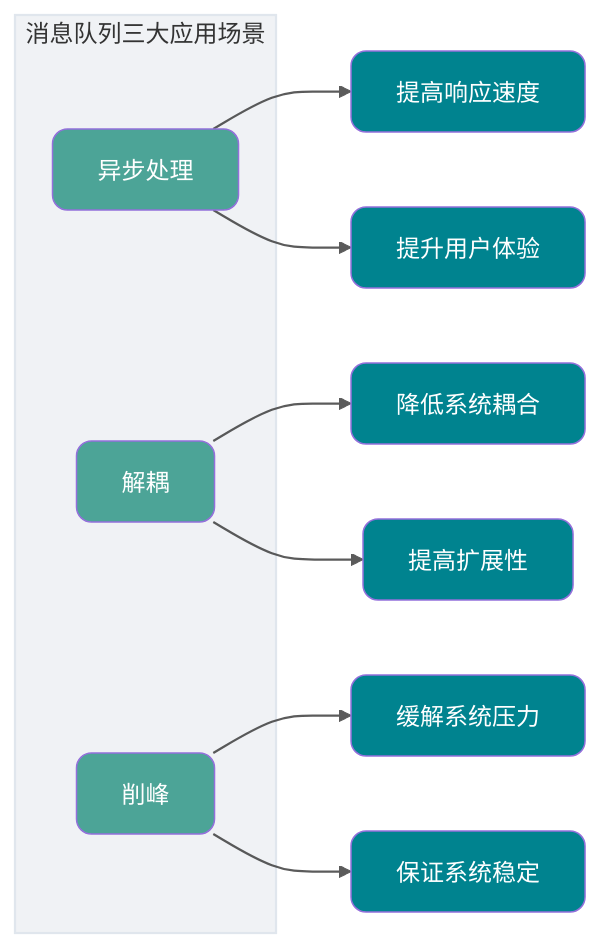
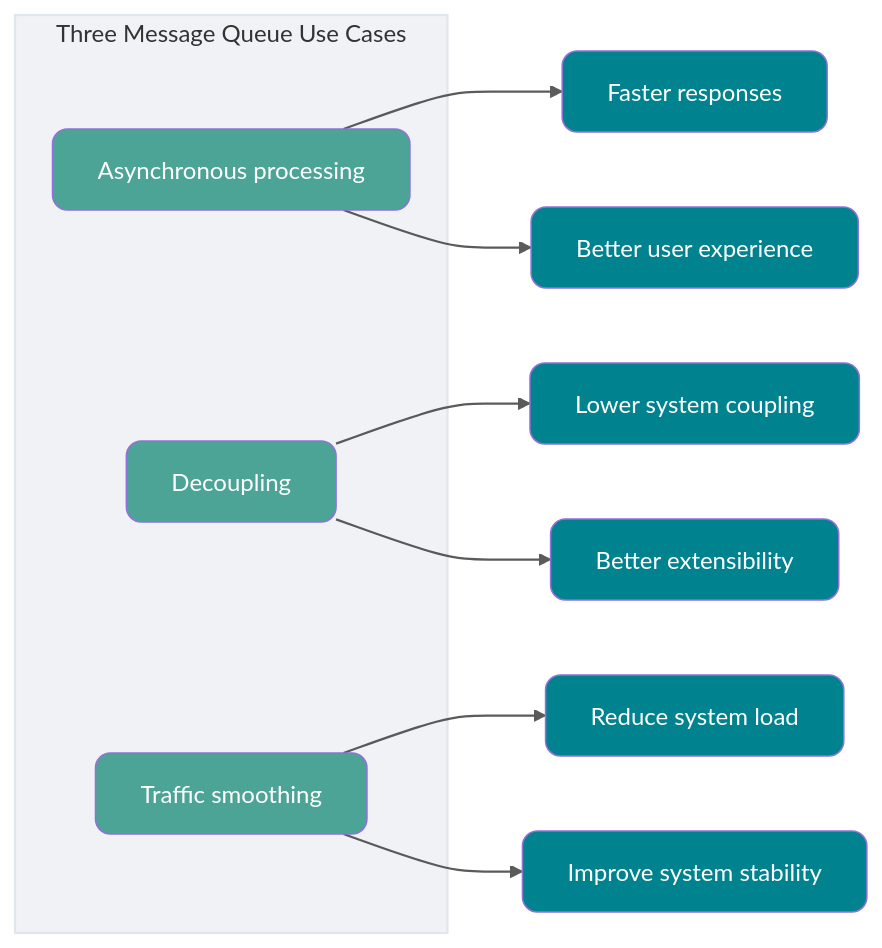
One commit to m3h3d1/JavaGuideEn changed the first of 13 diagrams in docs/high-performance/message-queue/rocketmq-questions.md. Above: the diagram before and after it, drawn with Mermaid. The commit also changed other lines of this file and 128 other files, not shown here.

````diff
--- a/docs/high-performance/message-queue/rocketmq-questions.md
+++ b/docs/high-performance/message-queue/rocketmq-questions.md
@@ -108,26 +108,26 @@
 ```mermaid
 flowchart LR
-    subgraph MQ["消息队列三大应用场景"]
+    subgraph MQ["Three Message Queue Use Cases"]
         style MQ fill:#F0F2F5,stroke:#E0E6ED,stroke-width:1.5px
-        Async["异步处理"]
-        Decouple["解耦"]
-        Peak["削峰"]
+        Async["Asynchronous processing"]
+        Decouple["Decoupling"]
+        Peak["Traffic smoothing"]
     end
 
-    Async --> A1["提高响应速度"]
-    Async --> A2["提升用户体验"]
+    Async --> A1["Faster responses"]
+    Async --> A2["Better user experience"]
 
-    Decouple --> D1["降低系统耦合"]
-    Decouple --> D2["提高扩展性"]
+    Decouple --> D1["Lower system coupling"]
+    Decouple --> D2["Better extensibility"]
 
-    Peak --> P1["缓解系统压力"]
-    Peak --> P2["保证系统稳定"]
+    Peak --> P1["Reduce system load"]
+    Peak --> P2["Improve system stability"]
 
     classDef app fill:#4CA497,color:#fff,rx:10,ry:10
     classDef benefit fill:#00838F,color:#fff,rx:10,ry:10
 
     class Async,Decouple,Peak app
     class A1,A2,D1,D2,P1,P2 benefit
 
     linkStyle default stroke-width:1.5px,opacity:0.8
 ```
````
